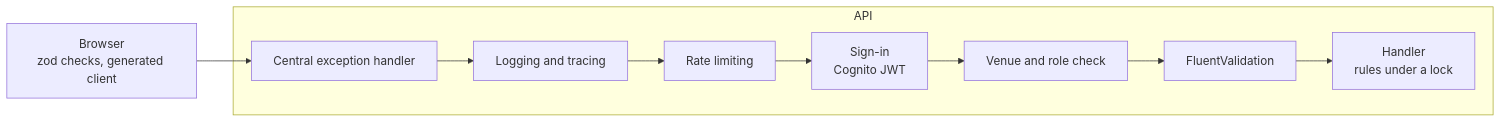
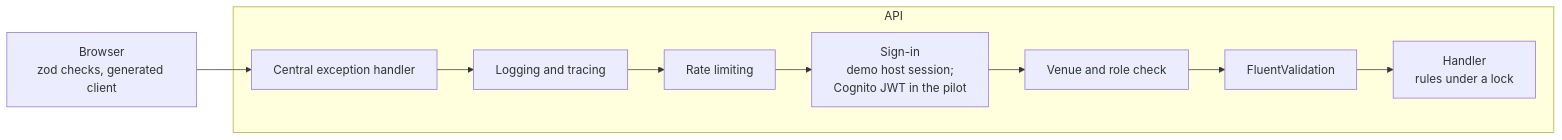
The fifth of 6 diagrams in docs/Architecture.md (ring9834/TableReservation), drawn with Mermaid before and after one commit. The commit also changed other lines of this file and 8 other files, not shown here.

````diff
--- a/docs/Architecture.md
+++ b/docs/Architecture.md
@@ -291,12 +301,12 @@
 ```mermaid
 flowchart LR
     b[Browser<br/>zod checks, generated client] --> eh
     subgraph api [API]
         eh[Central exception handler] --> log[Logging and tracing]
         log --> rl[Rate limiting]
-        rl --> auth[Sign-in<br/>Cognito JWT]
+        rl --> auth[Sign-in<br/>demo host session;<br/>Cognito JWT in the pilot]
         auth --> venue[Venue and role check]
         venue --> val[FluentValidation]
         val --> handler[Handler<br/>rules under a lock]
     end
 ```
````
